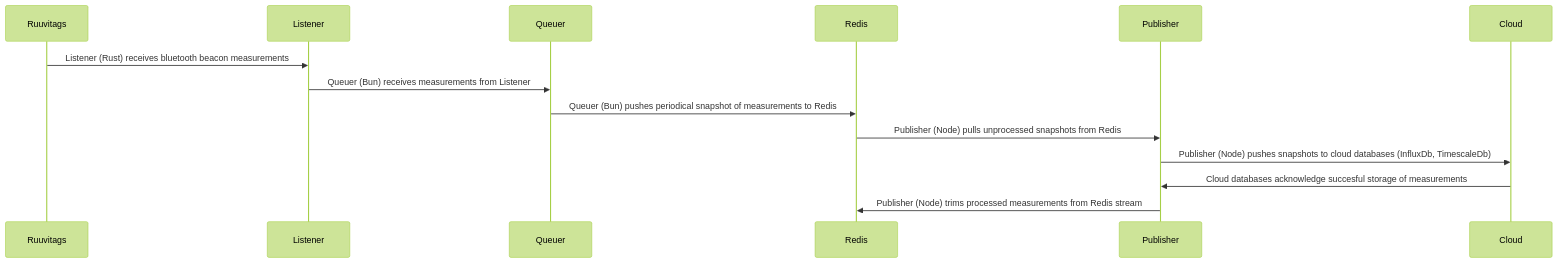
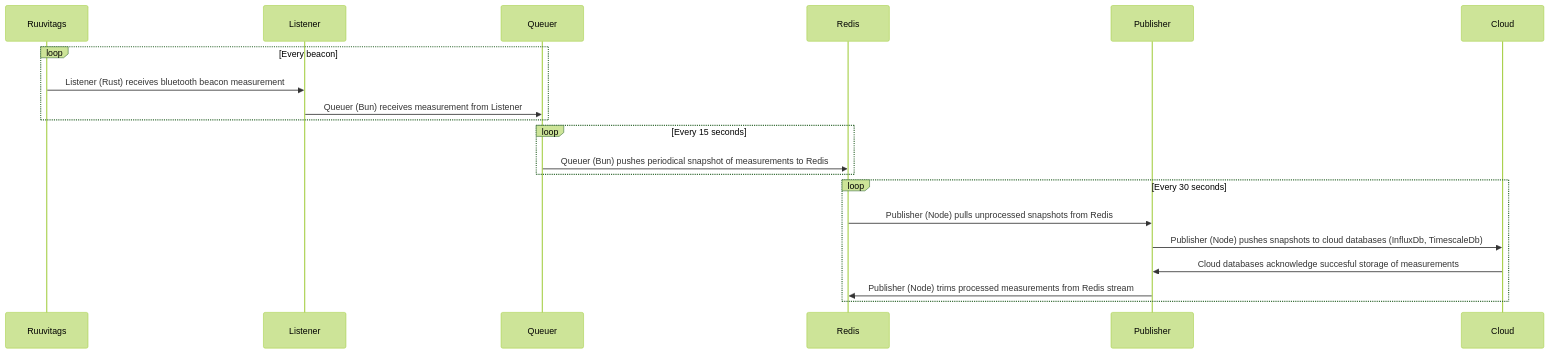
One commit to unkhz/ruuvipuserrin changed the diagram in README.md. Above: the diagram before and after it, drawn with Mermaid (forest theme).

Commit message:
Update sequence diagram

````diff
--- a/README.md
+++ b/README.md
@@ -11,10 +11,16 @@
 ```mermaid
 sequenceDiagram
-    Ruuvitags->>Listener: Listener (Rust) receives bluetooth beacon measurements
-    Listener->>Queuer: Queuer (Bun) receives measurements from Listener
-    Queuer->>Redis: Queuer (Bun) pushes periodical snapshot of measurements to Redis
-    Redis->>Publisher: Publisher (Node) pulls unprocessed snapshots from Redis
-    Publisher->>Cloud: Publisher (Node) pushes snapshots to cloud databases (InfluxDb, TimescaleDb)
-    Cloud->>Publisher: Cloud databases acknowledge succesful storage of measurements
-    Publisher->>Redis: Publisher (Node) trims processed measurements from Redis stream
+    loop Every beacon
+        Ruuvitags->>Listener: Listener (Rust) receives bluetooth beacon measurement
+        Listener->>Queuer: Queuer (Bun) receives measurement from Listener
+    end
+    loop Every 15 seconds
+        Queuer->>Redis: Queuer (Bun) pushes periodical snapshot of measurements to Redis
+    end
+    loop Every 30 seconds
+        Redis->>Publisher: Publisher (Node) pulls unprocessed snapshots from Redis
+        Publisher->>Cloud: Publisher (Node) pushes snapshots to cloud databases (InfluxDb, TimescaleDb)
+        Cloud->>Publisher: Cloud databases acknowledge succesful storage of measurements
+        Publisher->>Redis: Publisher (Node) trims processed measurements from Redis stream
+    end
 ```
````
